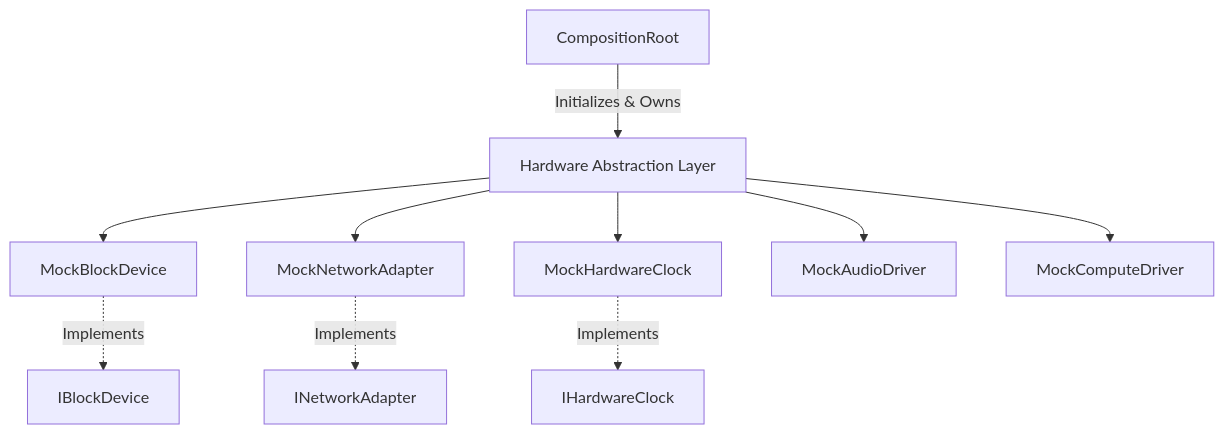
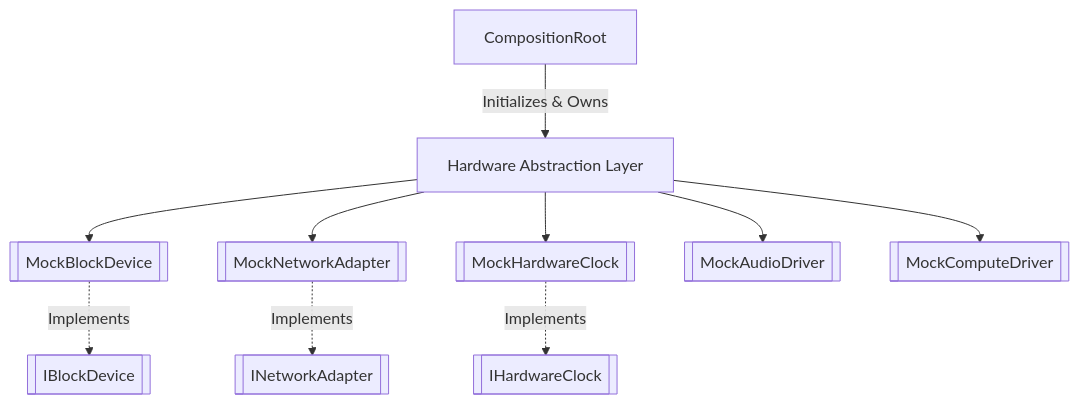
The diagram in docs/architecture/0.4.0_HAL_Completion.md (vikasV-dev7/VynexOS), drawn with Mermaid before and after one commit. The commit also changed other lines of this file and 132 other files, not shown here.

````diff
--- a/docs/architecture/0.4.0_HAL_Completion.md
+++ b/docs/architecture/0.4.0_HAL_Completion.md
@@ -14,13 +14,13 @@
 ```mermaid
 graph TD
     CR[CompositionRoot] --> |Initializes & Owns| HAL[Hardware Abstraction Layer]
-    HAL --> Storage[MockBlockDevice]
-    HAL --> Network[MockNetworkAdapter]
-    HAL --> Clock[MockHardwareClock]
-    HAL --> Audio[MockAudioDriver]
-    HAL --> Compute[MockComputeDriver]
+    HAL --> Storage[[MockBlockDevice]]
+    HAL --> Network[[MockNetworkAdapter]]
+    HAL --> Clock[[MockHardwareClock]]
+    HAL --> Audio[[MockAudioDriver]]
+    HAL --> Compute[[MockComputeDriver]]
     
-    Storage -.-> |Implements| IBD[IBlockDevice]
-    Network -.-> |Implements| INA[INetworkAdapter]
-    Clock -.-> |Implements| IHC[IHardwareClock]
+    Storage -.-> |Implements| IBD[[IBlockDevice]]
+    Network -.-> |Implements| INA[[INetworkAdapter]]
+    Clock -.-> |Implements| IHC[[IHardwareClock]]
 ```
````
